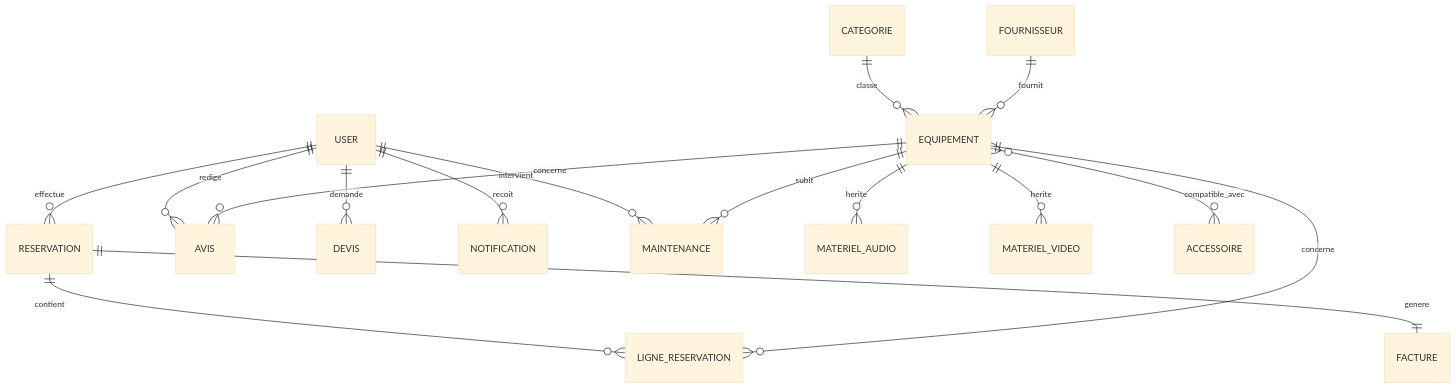
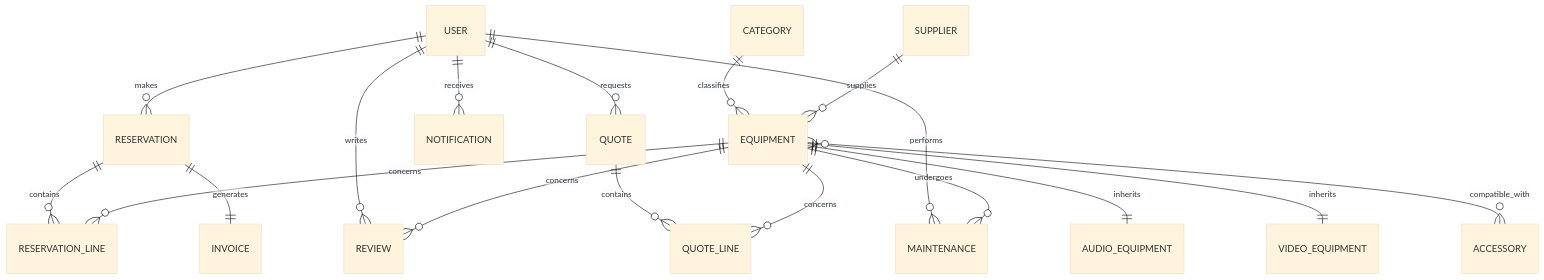
The diagram in docs/cahier_des_charges_EventRent.md (idflxw0/eventrent), drawn with Mermaid (base theme) before and after one commit. The commit also changed other lines of this file and 34 other files, not shown here.

````diff
--- a/docs/cahier_des_charges_EventRent.md
+++ b/docs/cahier_des_charges_EventRent.md
@@ -353,21 +365,24 @@
 ```mermaid
 erDiagram
-    USER ||--o{ RESERVATION : effectue
-    USER ||--o{ AVIS : redige
-    USER ||--o{ DEVIS : demande
-    USER ||--o{ NOTIFICATION : recoit
-    USER ||--o{ MAINTENANCE : intervient
+    USER ||--o{ RESERVATION : makes
+    USER ||--o{ REVIEW : writes
+    USER ||--o{ QUOTE : requests
+    USER ||--o{ NOTIFICATION : receives
+    USER ||--o{ MAINTENANCE : performs
 
-    EQUIPEMENT ||--o{ MATERIEL_AUDIO : herite
-    EQUIPEMENT ||--o{ MATERIEL_VIDEO : herite
-    CATEGORIE ||--o{ EQUIPEMENT : classe
-    FOURNISSEUR ||--o{ EQUIPEMENT : fournit
-    EQUIPEMENT }o--o{ ACCESSOIRE : compatible_avec
+    EQUIPMENT ||--|| AUDIO_EQUIPMENT : inherits
+    EQUIPMENT ||--|| VIDEO_EQUIPMENT : inherits
+    CATEGORY ||--o{ EQUIPMENT : classifies
+    SUPPLIER ||--o{ EQUIPMENT : supplies
+    EQUIPMENT }o--o{ ACCESSORY : compatible_with
 
-    RESERVATION ||--o{ LIGNE_RESERVATION : contient
-    EQUIPEMENT ||--o{ LIGNE_RESERVATION : concerne
-    RESERVATION ||--|| FACTURE : genere
+    RESERVATION ||--o{ RESERVATION_LINE : contains
+    EQUIPMENT ||--o{ RESERVATION_LINE : concerns
+    RESERVATION ||--|| INVOICE : generates
 
-    EQUIPEMENT ||--o{ AVIS : concerne
-    EQUIPEMENT ||--o{ MAINTENANCE : subit
+    QUOTE ||--o{ QUOTE_LINE : contains
+    EQUIPMENT ||--o{ QUOTE_LINE : concerns
+
+    EQUIPMENT ||--o{ REVIEW : concerns
+    EQUIPMENT ||--o{ MAINTENANCE : undergoes
 ```
````
